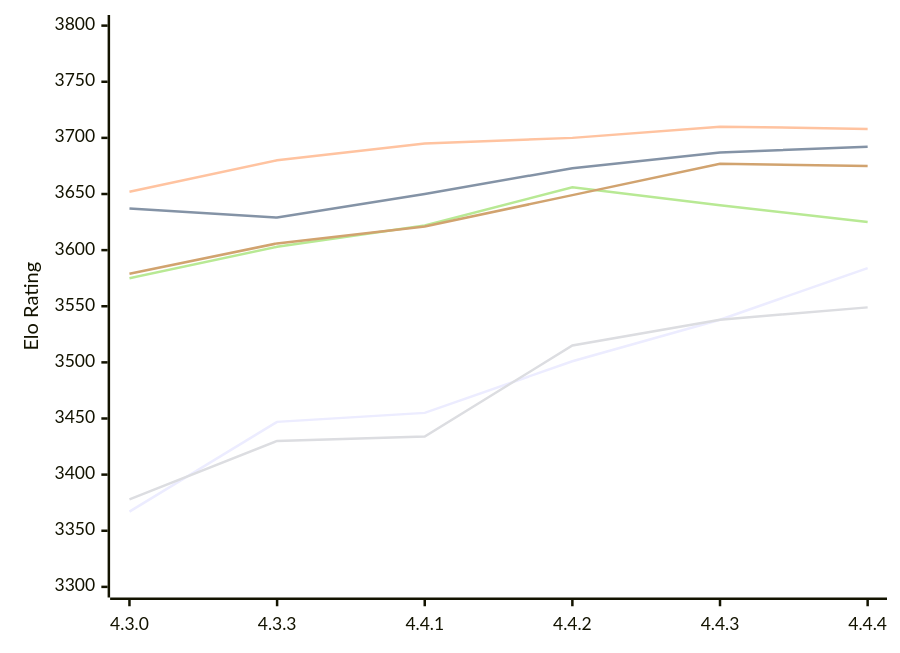
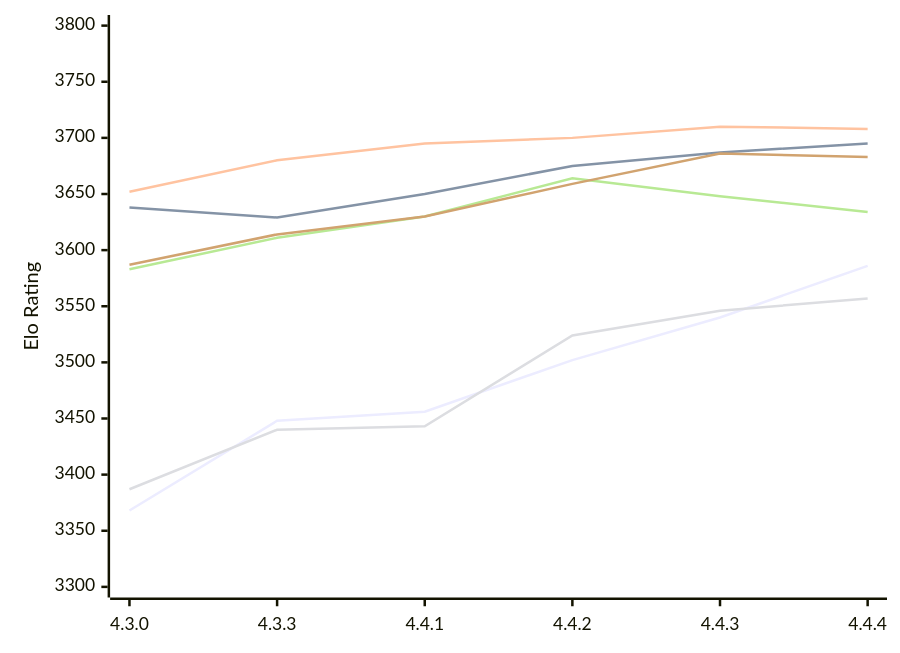
Before and after one commit to computer-chess-index/cci: the first of 2 diagrams in engines/Gaia.md, drawn with Mermaid. The commit also changed other lines of this file, not shown here.

Commit message:
Update CCI Ratings (ELO VLTC) - 2026-11-25

````diff
--- a/engines/Gaia.md
+++ b/engines/Gaia.md
@@ -63,12 +63,12 @@
 ```mermaid
 %%{init: {"theme":"base","themeVariables":{"seriesColors:['#a3a3a3','#222221','#faa371']}}}%%
 xychart-beta
   x-axis ["4.3.0", "4.3.3", "4.4.1", "4.4.2", "4.4.3", "4.4.4"]
   y-axis "Elo Rating" 3300 --> 3800
-  line "E1: STC (8.0+0.08s)" [3367, 3447, 3455, 3501, 3538, 3584]
-  line "E1: LTC (60.0+0.60s)" [3637, 3629, 3650, 3673, 3687, 3692]
+  line "E1: STC (8.0+0.08s)" [3368, 3448, 3456, 3502, 3540, 3586]
+  line "E1: LTC (60.0+0.60s)" [3638, 3629, 3650, 3675, 3687, 3695]
   line "E1: VLTC (2m24s+1.12s)" [3652, 3680, 3695, 3700, 3710, 3708]
-  line "P1: STC (8.0+0.08s)" [3378, 3430, 3434, 3515, 3538, 3549]
-  line "P1: LTC (60.0+0.60s)" [3575, 3603, 3622, 3656, 3640, 3625]
-  line "P1: VLTC (2m24s+1.12s)" [3579, 3606, 3621, 3649, 3677, 3675]
+  line "P1: STC (8.0+0.08s)" [3387, 3440, 3443, 3524, 3546, 3557]
+  line "P1: LTC (60.0+0.60s)" [3583, 3611, 3630, 3664, 3648, 3634]
+  line "P1: VLTC (2m24s+1.12s)" [3587, 3614, 3630, 3659, 3686, 3683]
 ```
````
